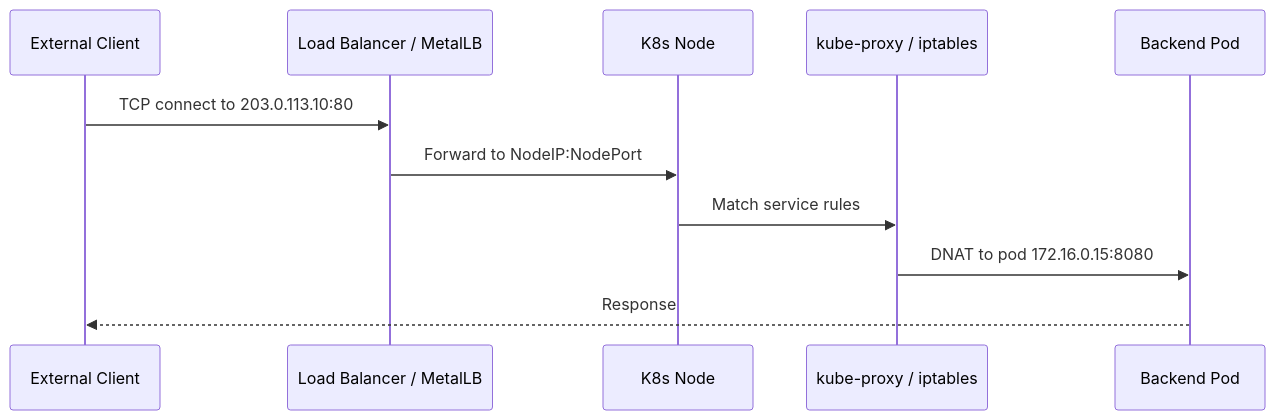
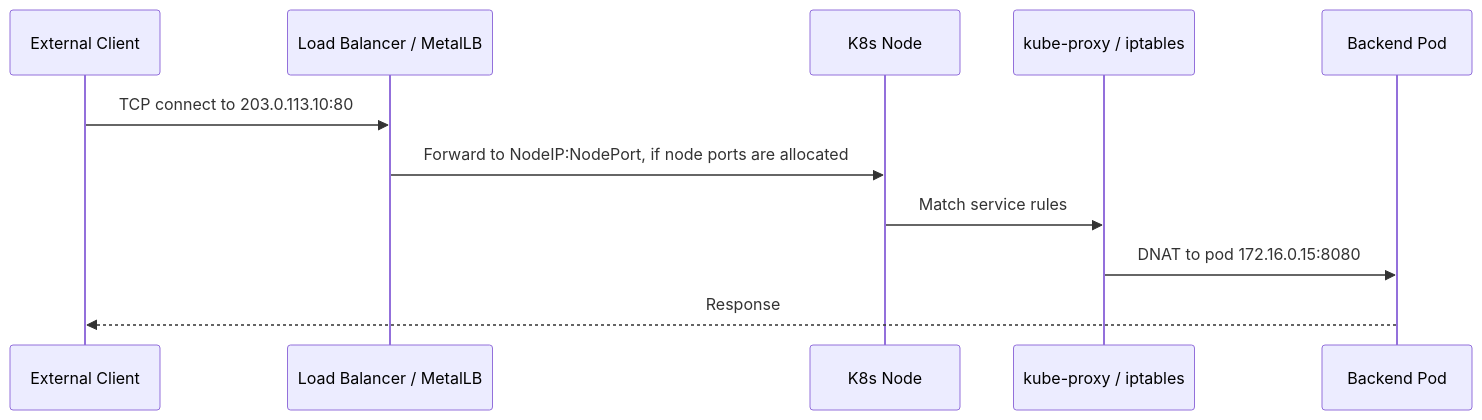
The fourth of 5 diagrams in posts/2026-02-20-kubernetes-clusterip-nodeport-loadbalancer/README.md (OneUptime/blog), drawn with Mermaid before and after one commit. The commit also changed other lines of this file and 2 other files, not shown here.

````diff
--- a/posts/2026-02-20-kubernetes-clusterip-nodeport-loadbalancer/README.md
+++ b/posts/2026-02-20-kubernetes-clusterip-nodeport-loadbalancer/README.md
@@ -220,14 +226,14 @@
 ```mermaid
 sequenceDiagram
     participant Client as External Client
     participant LB as Load Balancer / MetalLB
     participant Node as K8s Node
     participant IPTables as kube-proxy / iptables
     participant Pod as Backend Pod
 
     Client->>LB: TCP connect to 203.0.113.10:80
-    LB->>Node: Forward to NodeIP:NodePort
+    LB->>Node: Forward to NodeIP:NodePort, if node ports are allocated
     Node->>IPTables: Match service rules
     IPTables->>Pod: DNAT to pod 172.16.0.15:8080
     Pod-->>Client: Response
 ```
````
